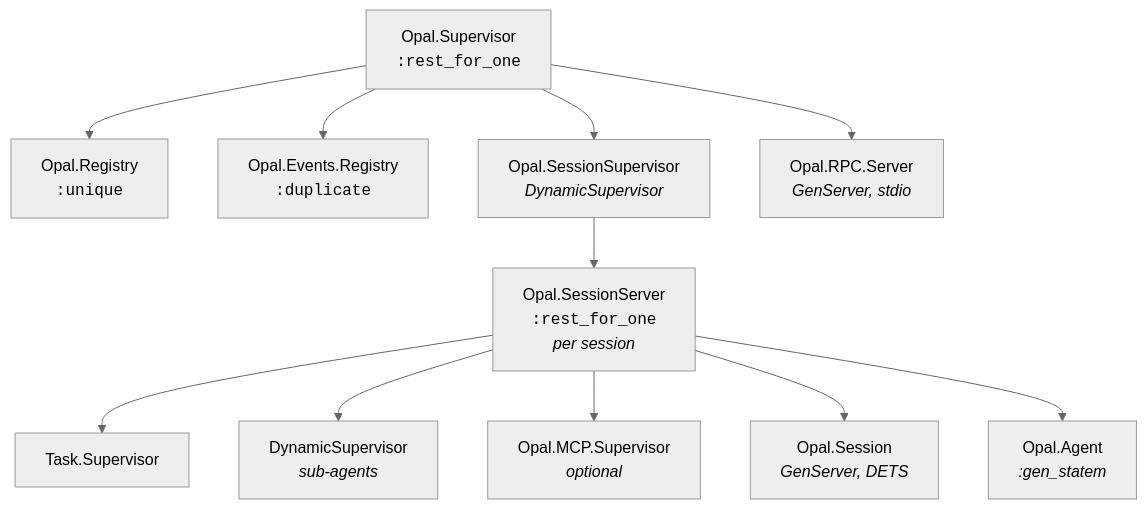
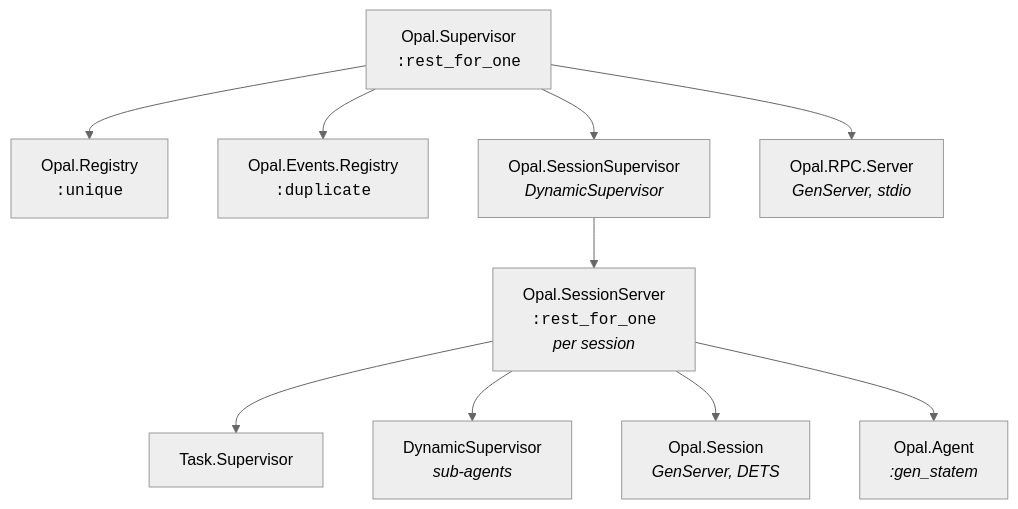
One commit to matteing/opal changed the fourth of 11 diagrams in docs/daemon-mode.md. Above: the diagram before and after it, drawn with Mermaid (neutral theme). The commit also changed other lines of this file and 52 other files, not shown here.

````diff
--- a/docs/daemon-mode.md
+++ b/docs/daemon-mode.md
@@ -144,15 +144,14 @@
 ```mermaid
 graph TD
     Sup["Opal.Supervisor<br/><code>:rest_for_one</code>"]
     Sup --> Reg["Opal.Registry<br/><code>:unique</code>"]
     Sup --> EvReg["Opal.Events.Registry<br/><code>:duplicate</code>"]
     Sup --> SeSup["Opal.SessionSupervisor<br/><i>DynamicSupervisor</i>"]
     Sup --> RPC["Opal.RPC.Server<br/><i>GenServer, stdio</i>"]
 
     SeSup --> SS["Opal.SessionServer<br/><code>:rest_for_one</code><br/><i>per session</i>"]
     SS --> TS["Task.Supervisor"]
     SS --> DS["DynamicSupervisor<br/><i>sub-agents</i>"]
-    SS --> MCP["Opal.MCP.Supervisor<br/><i>optional</i>"]
     SS --> Ses["Opal.Session<br/><i>GenServer, DETS</i>"]
     SS --> Ag["Opal.Agent<br/><i>:gen_statem</i>"]
 ```
````
